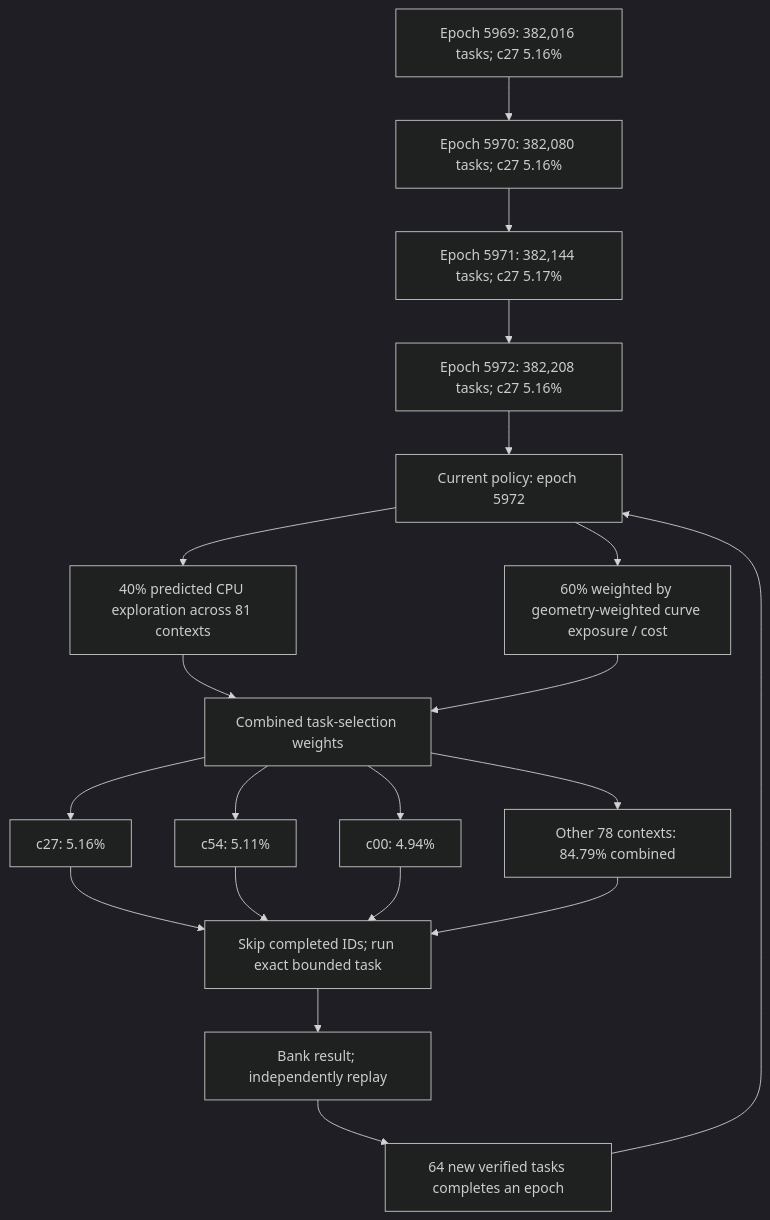
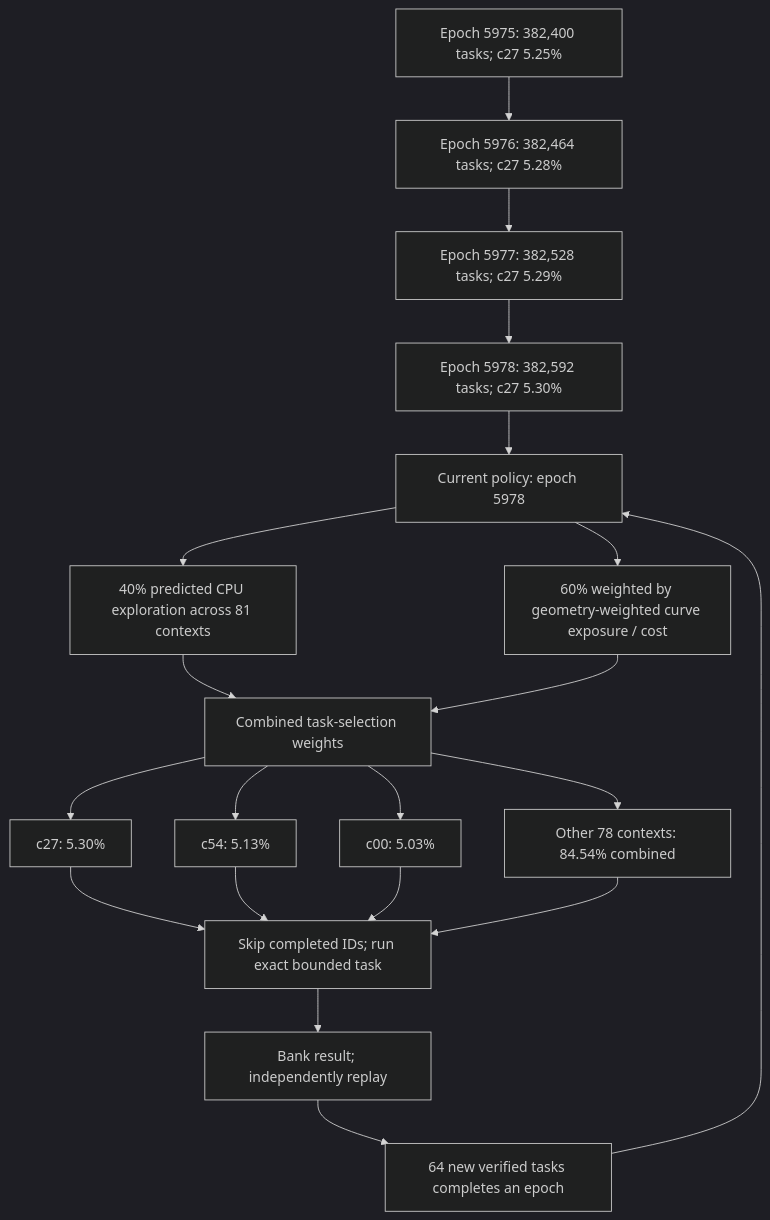
The first of 3 diagrams in README.md (Kuberwastaken/math-gambling), drawn with Mermaid (dark theme) before and after one commit. The commit also changed other lines of this file and 1906 other files, not shown here.

````diff
--- a/README.md
+++ b/README.md
@@ -60,27 +60,27 @@
 ```mermaid
 flowchart TD
-    H0["Epoch 5969: 382,016 tasks; c27 5.16%"]
-    H1["Epoch 5970: 382,080 tasks; c27 5.16%"]
+    H0["Epoch 5975: 382,400 tasks; c27 5.25%"]
+    H1["Epoch 5976: 382,464 tasks; c27 5.28%"]
     H0 --> H1
-    H2["Epoch 5971: 382,144 tasks; c27 5.17%"]
+    H2["Epoch 5977: 382,528 tasks; c27 5.29%"]
     H1 --> H2
-    H3["Epoch 5972: 382,208 tasks; c27 5.16%"]
+    H3["Epoch 5978: 382,592 tasks; c27 5.30%"]
     H2 --> H3
-    Policy["Current policy: epoch 5972"]
+    Policy["Current policy: epoch 5978"]
     H3 --> Policy
     Policy --> Explore["40% predicted CPU exploration across 81 contexts"]
     Policy --> Cost["60% weighted by geometry-weighted curve exposure / cost"]
     Explore --> Mix["Combined task-selection weights"]
     Cost --> Mix
-    Mix --> C0["c27: 5.16%"]
-    Mix --> C1["c54: 5.11%"]
-    Mix --> C2["c00: 4.94%"]
-    Mix --> Rest["Other 78 contexts: 84.79% combined"]
+    Mix --> C0["c27: 5.30%"]
+    Mix --> C1["c54: 5.13%"]
+    Mix --> C2["c00: 5.03%"]
+    Mix --> Rest["Other 78 contexts: 84.54% combined"]
     C0 --> Check["Skip completed IDs; run exact bounded task"]
     C1 --> Check
     C2 --> Check
     Rest --> Check
     Check --> Replay["Bank result; independently replay"]
     Replay --> Gate["64 new verified tasks completes an epoch"]
     Gate --> Policy
 ```
````
